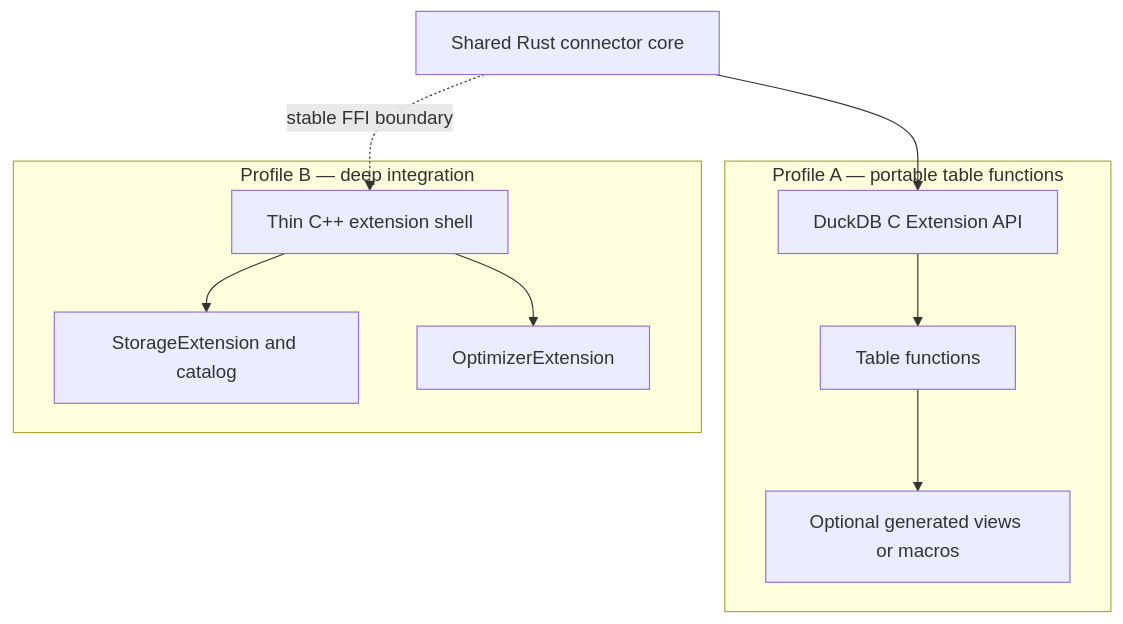
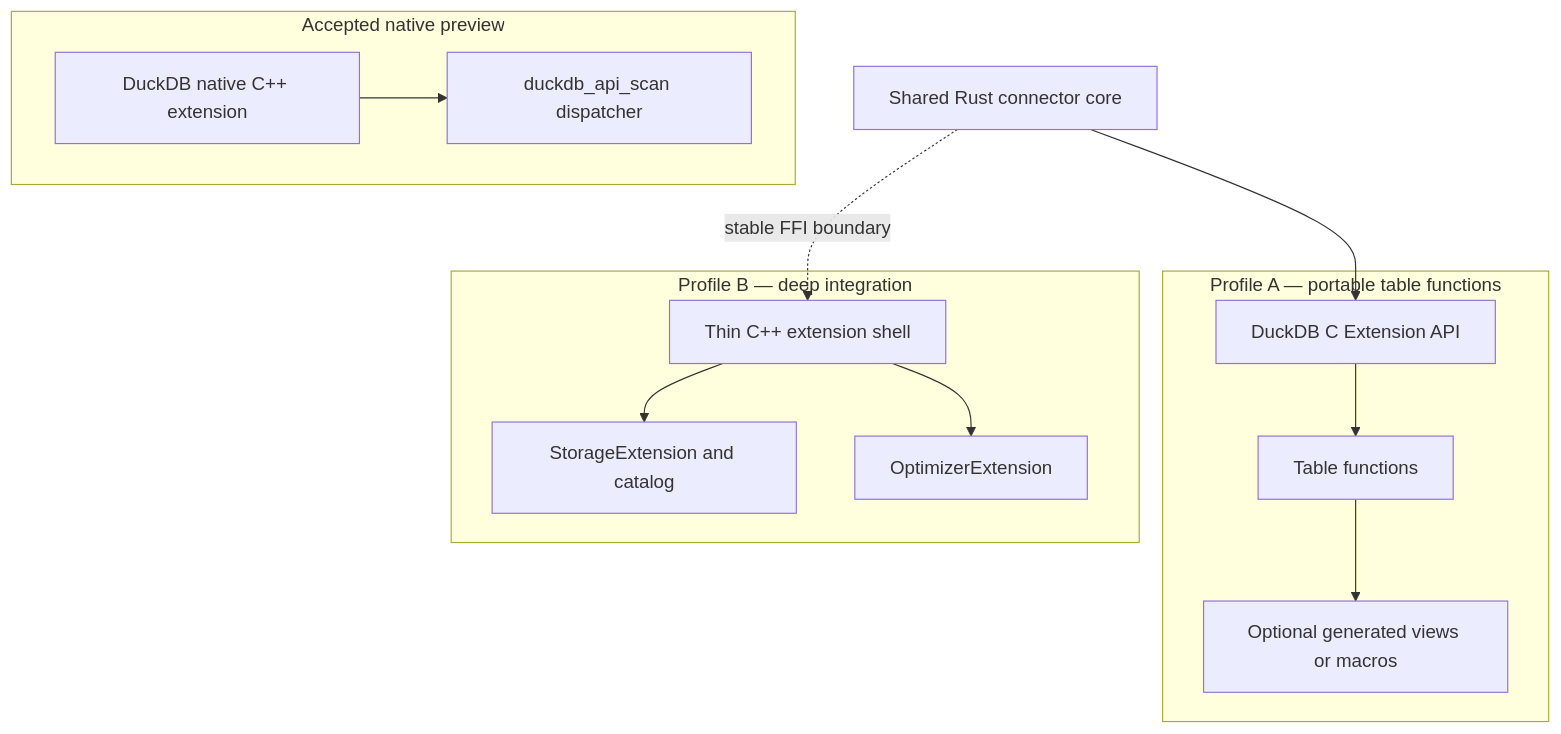
Before and after one commit to ngalluzzo/duckdb-fdw: the second of 6 diagrams in docs/ARCHITECTURE.md, drawn with Mermaid. The commit also changed other lines of this file and 45 other files, not shown here.

````diff
--- a/docs/ARCHITECTURE.md
+++ b/docs/ARCHITECTURE.md
@@ -167,22 +172,28 @@
 ```mermaid
 flowchart TB
     CORE[Shared Rust connector core]
+
+    subgraph P[Accepted native preview]
+        NATIVE[DuckDB native C++ extension]
+        DISPATCH[duckdb_api_scan dispatcher]
+        NATIVE --> DISPATCH
+    end
 
     subgraph A[Profile A — portable table functions]
         CAPI[DuckDB C Extension API]
         TF[Table functions]
         VIEW[Optional generated views or macros]
         CAPI --> TF --> VIEW
     end
 
     subgraph B[Profile B — deep integration]
         CPP[Thin C++ extension shell]
         CAT[StorageExtension and catalog]
         OPT[OptimizerExtension]
         CPP --> CAT
         CPP --> OPT
     end
 
     CORE --> CAPI
     CORE -. stable FFI boundary .-> CPP
 ```
````
